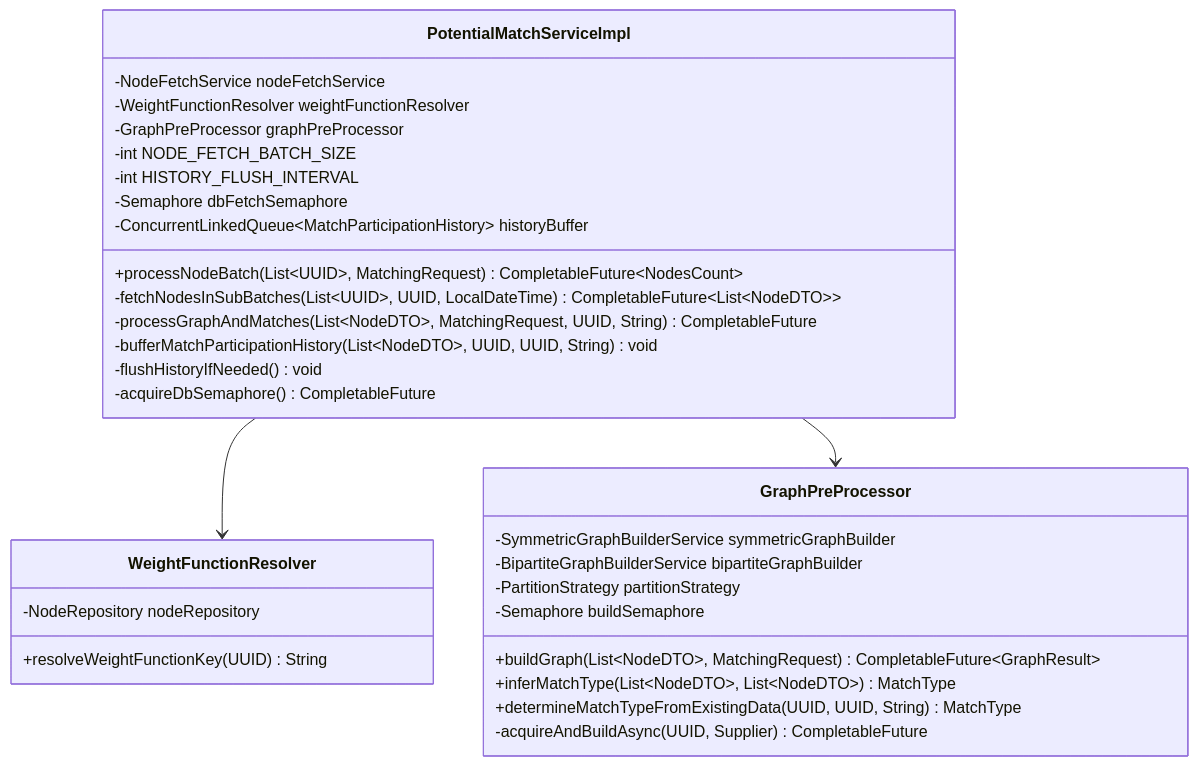
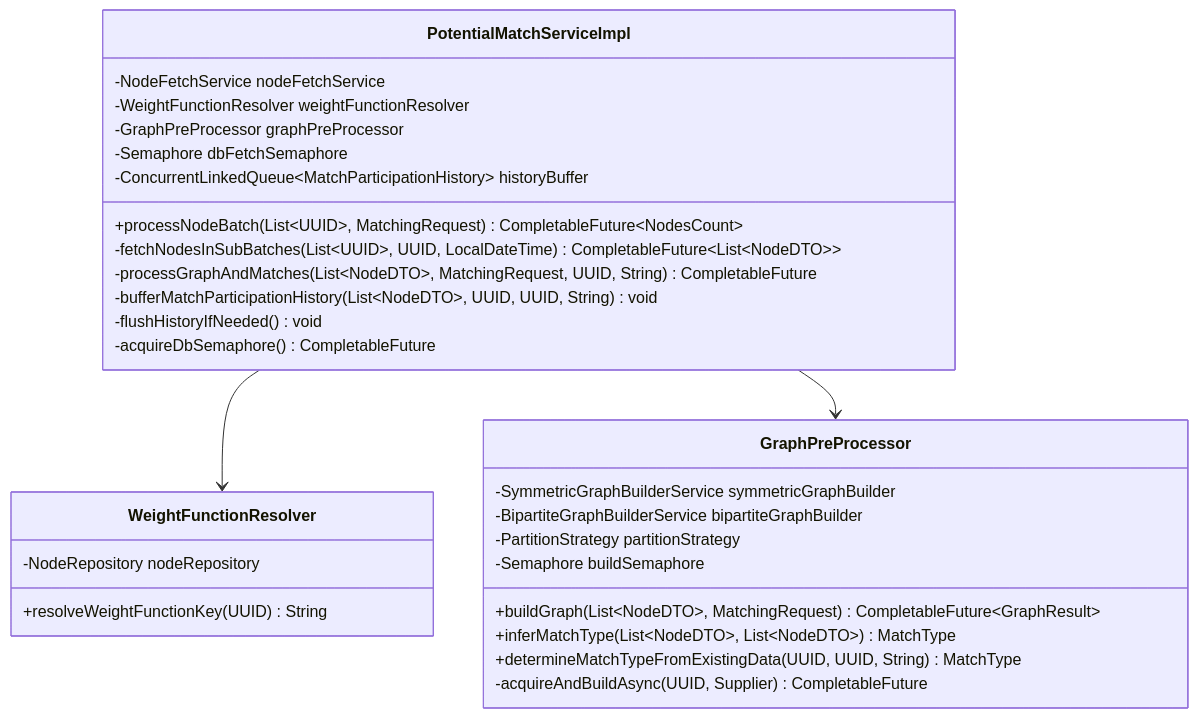
One commit to kagit00/schedule_x changed the eighth of 25 diagrams in docs/Low Level Designs/ScheduledPotentialMatchesCreation.md. Above: the diagram before and after it, drawn with Mermaid. The commit also changed other lines of this file and 7 other files, not shown here.

````diff
--- a/docs/Low Level Designs/ScheduledPotentialMatchesCreation.md
+++ b/docs/Low Level Designs/ScheduledPotentialMatchesCreation.md
@@ -447,37 +359,35 @@
 ```mermaid
 classDiagram
     class PotentialMatchServiceImpl {
         -NodeFetchService nodeFetchService
         -WeightFunctionResolver weightFunctionResolver
         -GraphPreProcessor graphPreProcessor
-        -int NODE_FETCH_BATCH_SIZE
-        -int HISTORY_FLUSH_INTERVAL
         -Semaphore dbFetchSemaphore
         -ConcurrentLinkedQueue~MatchParticipationHistory~ historyBuffer
         +processNodeBatch(List~UUID~, MatchingRequest) CompletableFuture~NodesCount~
         -fetchNodesInSubBatches(List~UUID~, UUID, LocalDateTime) CompletableFuture~List~NodeDTO~~
         -processGraphAndMatches(List~NodeDTO~, MatchingRequest, UUID, String) CompletableFuture
         -bufferMatchParticipationHistory(List~NodeDTO~, UUID, UUID, String) void
         -flushHistoryIfNeeded() void
         -acquireDbSemaphore() CompletableFuture
     }
-    
+   
     class WeightFunctionResolver {
         -NodeRepository nodeRepository
         +resolveWeightFunctionKey(UUID) String
     }
-    
+   
     class GraphPreProcessor {
         -SymmetricGraphBuilderService symmetricGraphBuilder
         -BipartiteGraphBuilderService bipartiteGraphBuilder
         -PartitionStrategy partitionStrategy
         -Semaphore buildSemaphore
         +buildGraph(List~NodeDTO~, MatchingRequest) CompletableFuture~GraphResult~
         +inferMatchType(List~NodeDTO~, List~NodeDTO~) MatchType
         +determineMatchTypeFromExistingData(UUID, UUID, String) MatchType
         -acquireAndBuildAsync(UUID, Supplier) CompletableFuture
     }
-    
+   
     PotentialMatchServiceImpl --> WeightFunctionResolver
     PotentialMatchServiceImpl --> GraphPreProcessor
 ```
````
